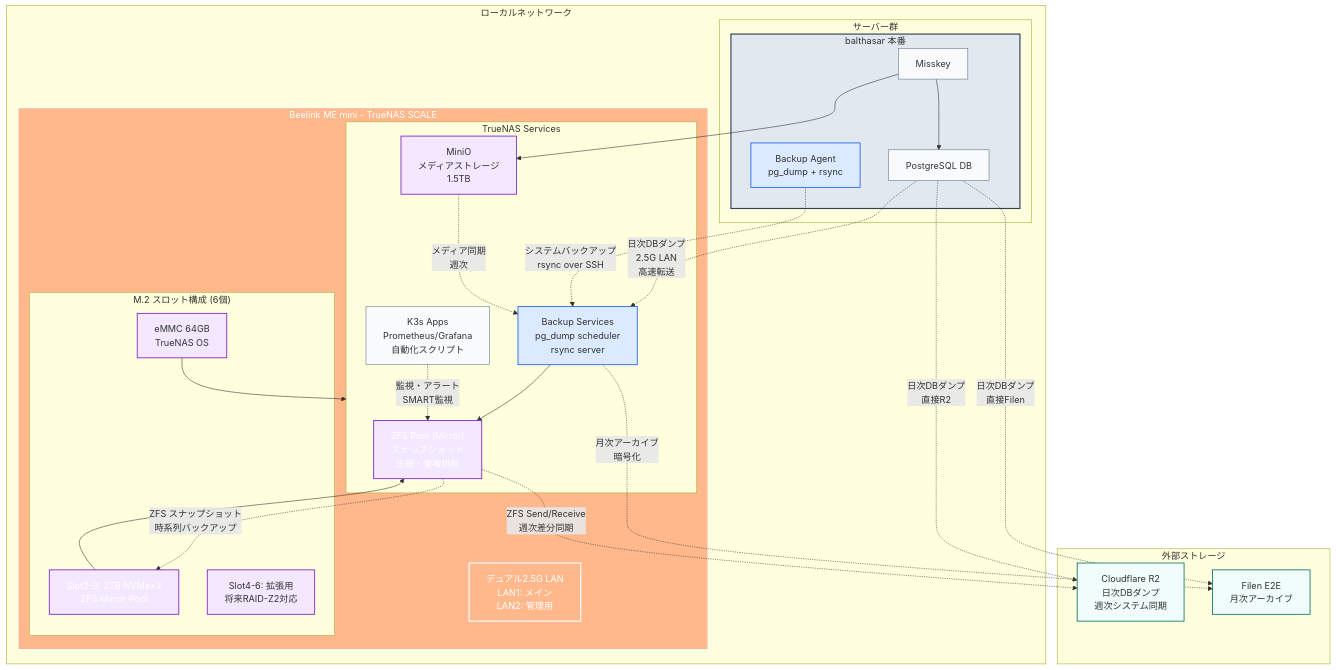
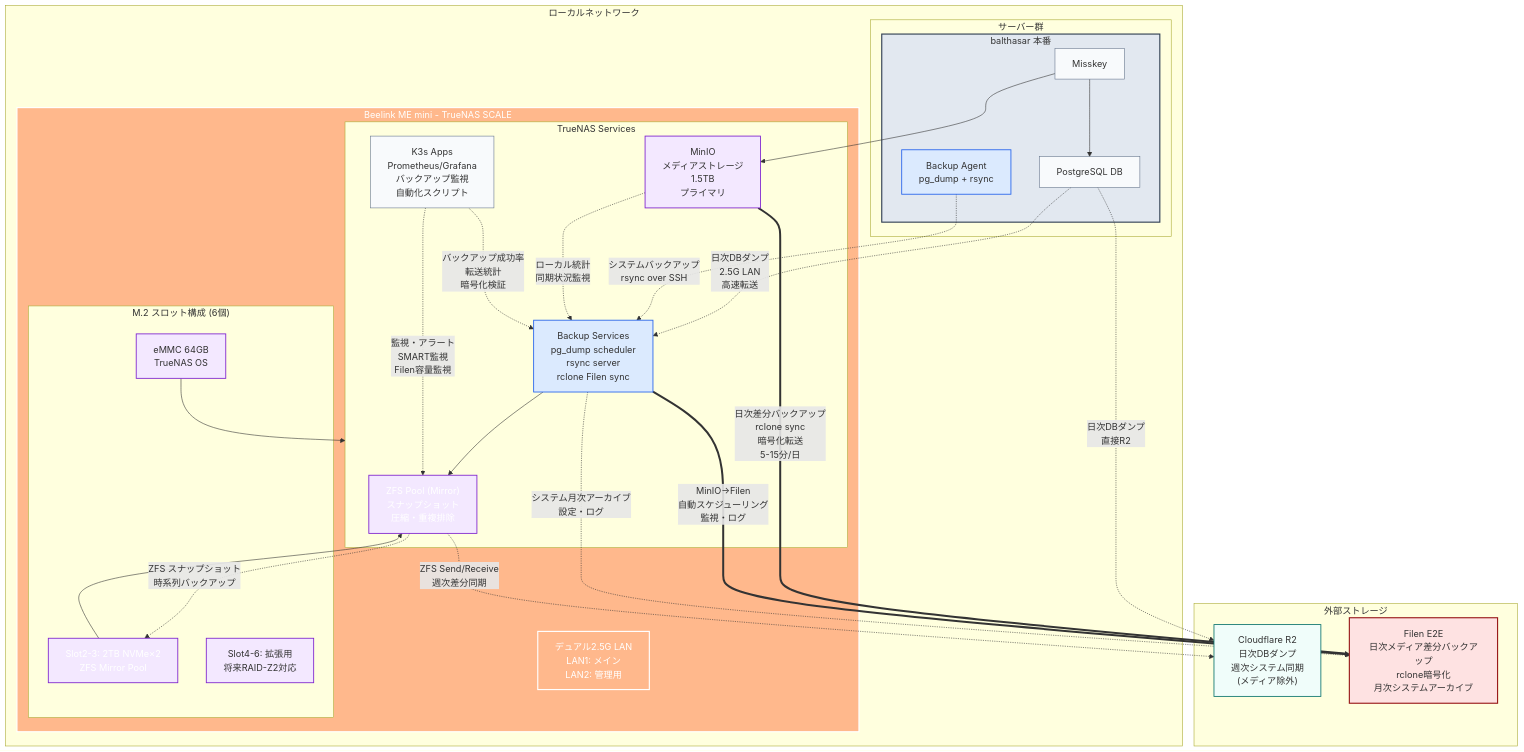
Before and after one commit to yamisskey-dev/hosted-list: the third of 4 diagrams in README.md, drawn with Mermaid. The commit also changed other lines of this file, not shown here.

````diff
--- a/README.md
+++ b/README.md
@@ -221,11 +221,12 @@
     classDef beelink fill:#ffb88c,stroke:#ffffff,stroke-width:2px,color:#ffffff
     classDef cloud fill:#f0fdfa,stroke:#0f766e,stroke-width:1.5px
     classDef zfs fill:#4c1d95,stroke:#c4b5fd,stroke-width:2px,color:#ffffff
+    classDef encrypted fill:#fee2e2,stroke:#991b1b,stroke-width:2px
 
     %% External storage
     subgraph external["外部ストレージ"]
-        r2["Cloudflare R2<br/>日次DBダンプ<br/>週次システム同期"]:::cloud
-        filen["Filen E2E<br/>月次アーカイブ"]:::cloud
+        r2["Cloudflare R2<br/>日次DBダンプ<br/>週次システム同期<br/>(メディア除外)"]:::cloud
+        filen["Filen E2E<br/>日次メディア差分バックアップ<br/>rclone暗号化<br/>月次システムアーカイブ"]:::encrypted
     end
 
     %% Internal network
@@ -241,9 +242,9 @@
             
             subgraph truenas_services["TrueNAS Services"]
                 zfs_pool["ZFS Pool (Mirror)<br/>スナップショット<br/>圧縮・重複排除"]:::zfs
-                backup_svc["Backup Services<br/>pg_dump scheduler<br/>rsync server"]:::backup
-                k3s_apps["K3s Apps<br/>Prometheus/Grafana<br/>自動化スクリプト"]:::service
-                minio["MiniO<br/>メディアストレージ<br/>1.5TB"]:::storage
+                backup_svc["Backup Services<br/>pg_dump scheduler<br/>rsync server<br/>rclone Filen sync"]:::backup
+                k3s_apps["K3s Apps<br/>Prometheus/Grafana<br/>バックアップ監視<br/>自動化スクリプト"]:::service
+                minio["MinIO<br/>メディアストレージ<br/>1.5TB<br/>プライマリ"]:::storage
             end
             
             dual_lan["デュアル2.5G LAN<br/>LAN1: メイン<br/>LAN2: 管理用"]:::beelink
@@ -259,14 +260,17 @@
         end
     end
 
-    %% Service connections
+    %% Service connections - シンプルな構成維持
     misskey1 --> db1
     misskey1 --> minio
 
-    %% DB Backup flows - 絶対死守 (4重バックアップ)
+    %% MinIO → Filen 日次差分バックアップ (新規メイン)
+    minio ==>|"日次差分バックアップ<br/>rclone sync<br/>暗号化転送<br/>5-15分/日"| filen
+    backup_svc ==>|"MinIO→Filen<br/>自動スケジューリング<br/>監視・ログ"| filen
+
+    %% DB Backup flows - 既存維持
     db1 -.->|"日次DBダンプ<br/>2.5G LAN<br/>高速転送"| backup_svc
     db1 -.->|"日次DBダンプ<br/>直接R2"| r2
-    db1 -.->|"日次DBダンプ<br/>直接Filen"| filen
     
     %% TrueNAS internal flows
     backup_svc --> zfs_pool
@@ -279,21 +283,22 @@
     
     %% System backup flows
     backup1 -.->|"システムバックアップ<br/>rsync over SSH"| backup_svc
-    minio -.->|"メディア同期<br/>週次"| backup_svc
+    minio -.->|"ローカル統計<br/>同期状況監視"| backup_svc
     
     %% Coordination and monitoring
-    k3s_apps -.->|"監視・アラート<br/>SMART監視"| zfs_pool
+    k3s_apps -.->|"監視・アラート<br/>SMART監視<br/>Filen容量監視"| zfs_pool
+    k3s_apps -.->|"バックアップ成功率<br/>転送統計<br/>暗号化検証"| backup_svc
     
-    %% External sync flows
-    backup_svc -.->|"月次アーカイブ<br/>暗号化"| filen
+    %% External sync flows  
+    backup_svc -.->|"システム月次アーカイブ<br/>設定・ログ"| filen
 
     %% Apply styles
     class balthasar server
     class beelink_nas beelink
     class misskey1,db1,k3s_apps service
     class backup_svc,backup1 backup
-    class r2,filen cloud
+    class r2 cloud
+    class filen encrypted
     class minio,slot456,slot23,zfs_pool storage
     class emmc storage
-
 ```
````
